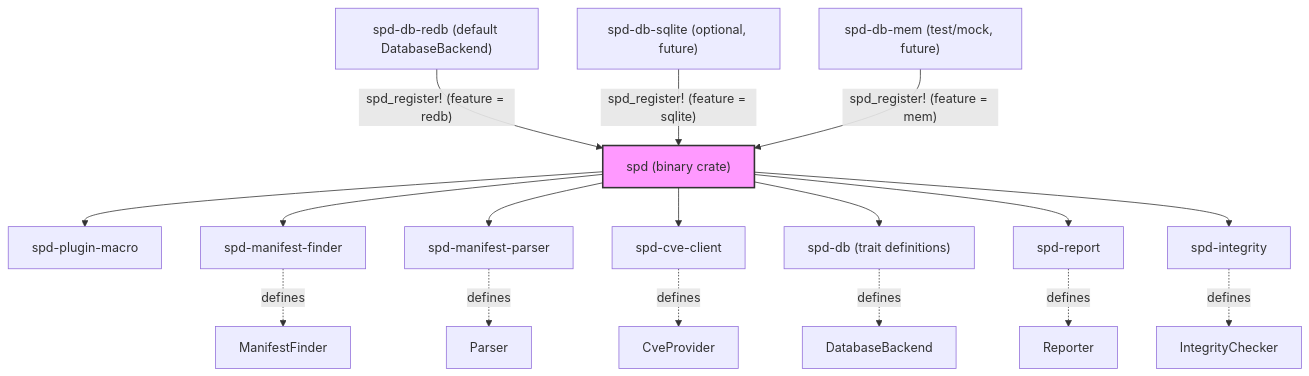
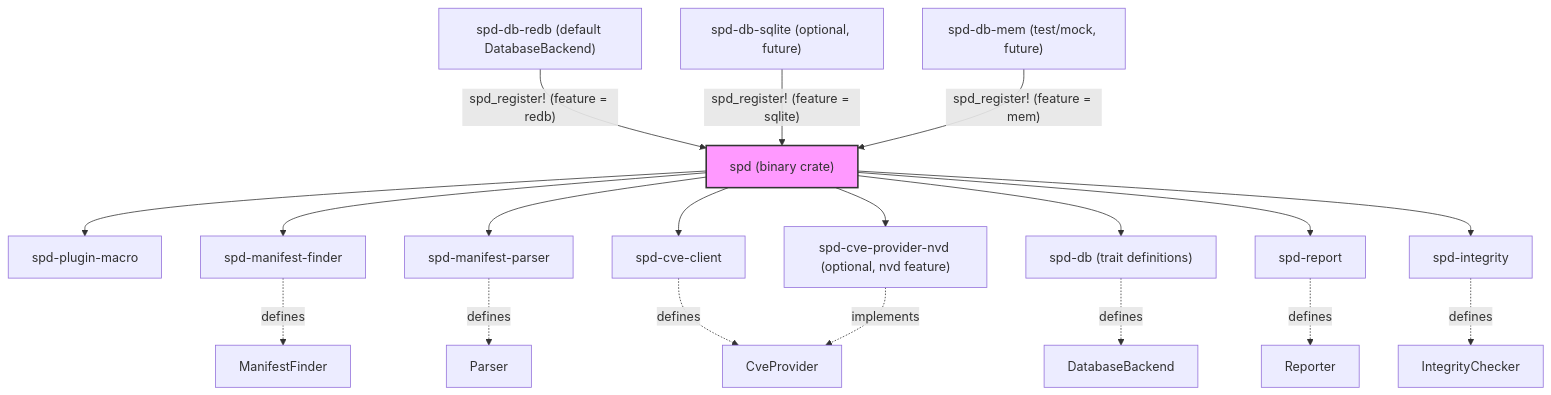
The diagram in architecture/workspace-layout.mmd (verilyze/verilyze), drawn with Mermaid before and after one commit. The commit also changed 17 other files, not shown here.

First line of the commit message:
feat: add NVD as CVE provider

```diff
--- a/architecture/workspace-layout.mmd
+++ b/architecture/workspace-layout.mmd
@@ -1,37 +1,40 @@
 graph TD
     %% Core binary
     A["spd (binary crate)"]
     %% Macro crate (used by binary for plugin registration)
     M["spd-plugin-macro"]
     %% Library crates
     B["spd-manifest-finder"]
     C["spd-manifest-parser"]
     D["spd-cve-client"]
+    D2["spd-cve-provider-nvd (optional, nvd feature)"]
     E["spd-db (trait definitions)"]
     F["spd-report"]
     G["spd-integrity"]
     %% Concrete implementations (plug‑ins)
     H["spd-db-redb (default DatabaseBackend)"]
     I["spd-db-sqlite (optional, future)"]
     J["spd-db-mem (test/mock, future)"]
     %% Edges from binary to libraries
     A --> B
     A --> C
     A --> D
+    A --> D2
     A --> E
     A --> F
     A --> G
     A --> M
     %% Edges from libraries to the traits they expose (collapsed for brevity)
     B -.->|defines| ManifestFinder
     C -.->|defines| Parser
     D -.->|defines| CveProvider
+    D2 -.->|implements| CveProvider
     E -.->|defines| DatabaseBackend
     F -.->|defines| Reporter
     G -.->|defines| IntegrityChecker
     %% Registration edges (plug‑in discovery)
     H -->|"spd_register! (feature = redb)"| A
     I -->|"spd_register! (feature = sqlite)"| A
     J -->|"spd_register! (feature = mem)"| A
     %% Visual styling
     style A fill:#f9f,stroke:#333,stroke-width:2px
```
